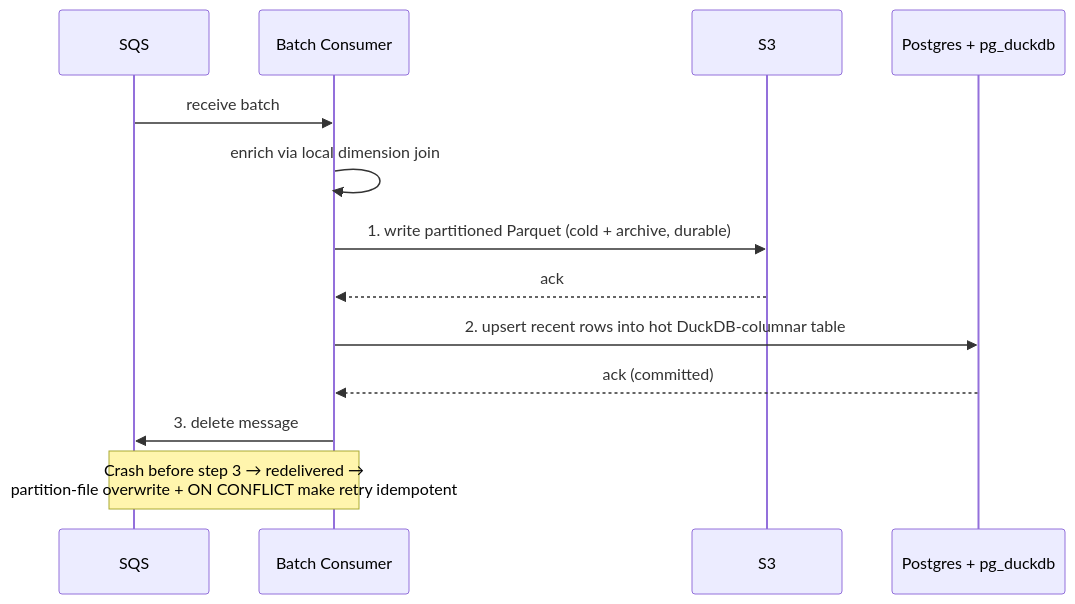
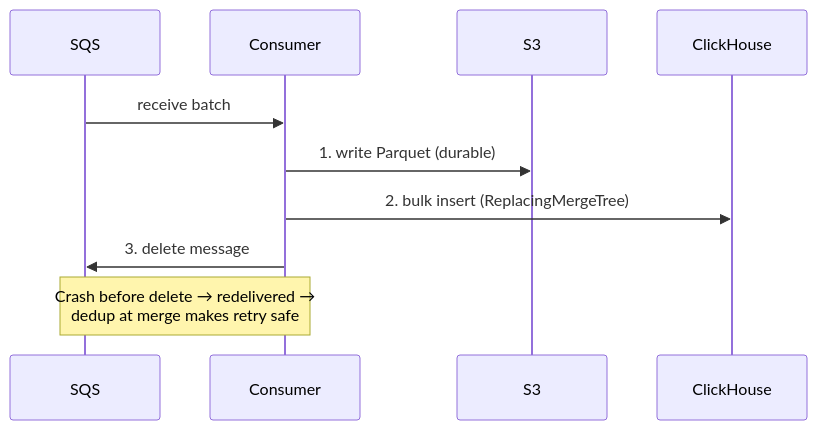
The second of 2 diagrams in architecture.md (MagenticIn/MLS-Revamp), drawn with Mermaid before and after one commit. The commit also changed other lines of this file, not shown here.

First line of the commit message:
Revert to ClickHouse and simplify the doc

````diff
--- a/architecture.md
+++ b/architecture.md
@@ -141,16 +71,12 @@
 ```mermaid
 sequenceDiagram
     participant SQS
-    participant C as Batch Consumer
+    participant C as Consumer
     participant S3
-    participant PG as Postgres + pg_duckdb
-
+    participant CH as ClickHouse
     SQS->>C: receive batch
-    C->>C: enrich via local dimension join
-    C->>S3: 1. write partitioned Parquet (cold + archive, durable)
-    S3-->>C: ack
-    C->>PG: 2. upsert recent rows into hot DuckDB-columnar table
-    PG-->>C: ack (committed)
+    C->>S3: 1. write Parquet (durable)
+    C->>CH: 2. bulk insert (ReplacingMergeTree)
     C->>SQS: 3. delete message
-    Note over C,SQS: Crash before step 3 → redelivered →<br/>partition-file overwrite + ON CONFLICT make retry idempotent
+    Note over C,SQS: Crash before delete → redelivered →<br/>dedup at merge makes retry safe
 ```
````
